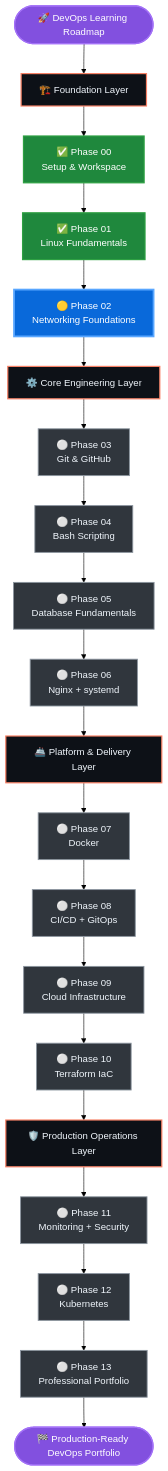
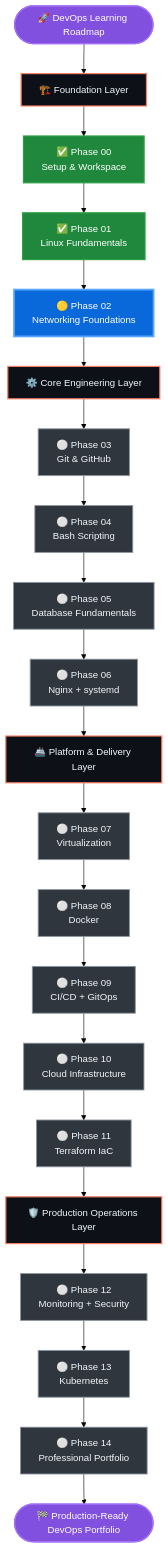
One commit to gourgen-grigoryan/gourgen-devops-labs changed the diagram in ROADMAP.md. Above: the diagram before and after it, drawn with Mermaid (forest theme). The commit also changed other lines of this file, not shown here.

Commit message:
Add Proxmox to virtualization roadmap

````diff
--- a/ROADMAP.md
+++ b/ROADMAP.md
@@ -117,44 +118,45 @@
 ```mermaid
 flowchart TB
     classDef completed fill:#1f883d,stroke:#2ea043,color:#ffffff,stroke-width:2px
     classDef current fill:#0969da,stroke:#58a6ff,color:#ffffff,stroke-width:3px
     classDef planned fill:#30363d,stroke:#8b949e,color:#f0f6fc,stroke-width:1.5px
     classDef layer fill:#0d1117,stroke:#f78166,color:#f0f6fc,stroke-width:2px
     classDef project fill:#8250df,stroke:#a371f7,color:#ffffff,stroke-width:2px
 
     Start(["🚀 DevOps Learning Roadmap"]):::project
 
     L1["🏗️ Foundation Layer"]:::layer
     P00["✅ Phase 00<br/>Setup & Workspace"]:::completed
     P01["✅ Phase 01<br/>Linux Fundamentals"]:::completed
     P02["🟡 Phase 02<br/>Networking Foundations"]:::current
 
     L2["⚙️ Core Engineering Layer"]:::layer
     P03["⚪ Phase 03<br/>Git & GitHub"]:::planned
     P04["⚪ Phase 04<br/>Bash Scripting"]:::planned
     P05["⚪ Phase 05<br/>Database Fundamentals"]:::planned
     P06["⚪ Phase 06<br/>Nginx + systemd"]:::planned
 
     L3["🚢 Platform & Delivery Layer"]:::layer
-    P07["⚪ Phase 07<br/>Docker"]:::planned
-    P08["⚪ Phase 08<br/>CI/CD + GitOps"]:::planned
-    P09["⚪ Phase 09<br/>Cloud Infrastructure"]:::planned
-    P10["⚪ Phase 10<br/>Terraform IaC"]:::planned
+    P07["⚪ Phase 07<br/>Virtualization"]:::planned
+    P08["⚪ Phase 08<br/>Docker"]:::planned
+    P09["⚪ Phase 09<br/>CI/CD + GitOps"]:::planned
+    P10["⚪ Phase 10<br/>Cloud Infrastructure"]:::planned
+    P11["⚪ Phase 11<br/>Terraform IaC"]:::planned
 
     L4["🛡️ Production Operations Layer"]:::layer
-    P11["⚪ Phase 11<br/>Monitoring + Security"]:::planned
-    P12["⚪ Phase 12<br/>Kubernetes"]:::planned
-    P13["⚪ Phase 13<br/>Professional Portfolio"]:::planned
+    P12["⚪ Phase 12<br/>Monitoring + Security"]:::planned
+    P13["⚪ Phase 13<br/>Kubernetes"]:::planned
+    P14["⚪ Phase 14<br/>Professional Portfolio"]:::planned
 
     Finish(["🏁 Production-Ready DevOps Portfolio"]):::project
 
     Start --> L1
     L1 --> P00 --> P01 --> P02
     P02 --> L2
     L2 --> P03 --> P04 --> P05 --> P06
     P06 --> L3
-    L3 --> P07 --> P08 --> P09 --> P10
-    P10 --> L4
-    L4 --> P11 --> P12 --> P13
-    P13 --> Finish
+    L3 --> P07 --> P08 --> P09 --> P10 --> P11
+    P11 --> L4
+    L4 --> P12 --> P13 --> P14
+    P14 --> Finish
 ```
````
